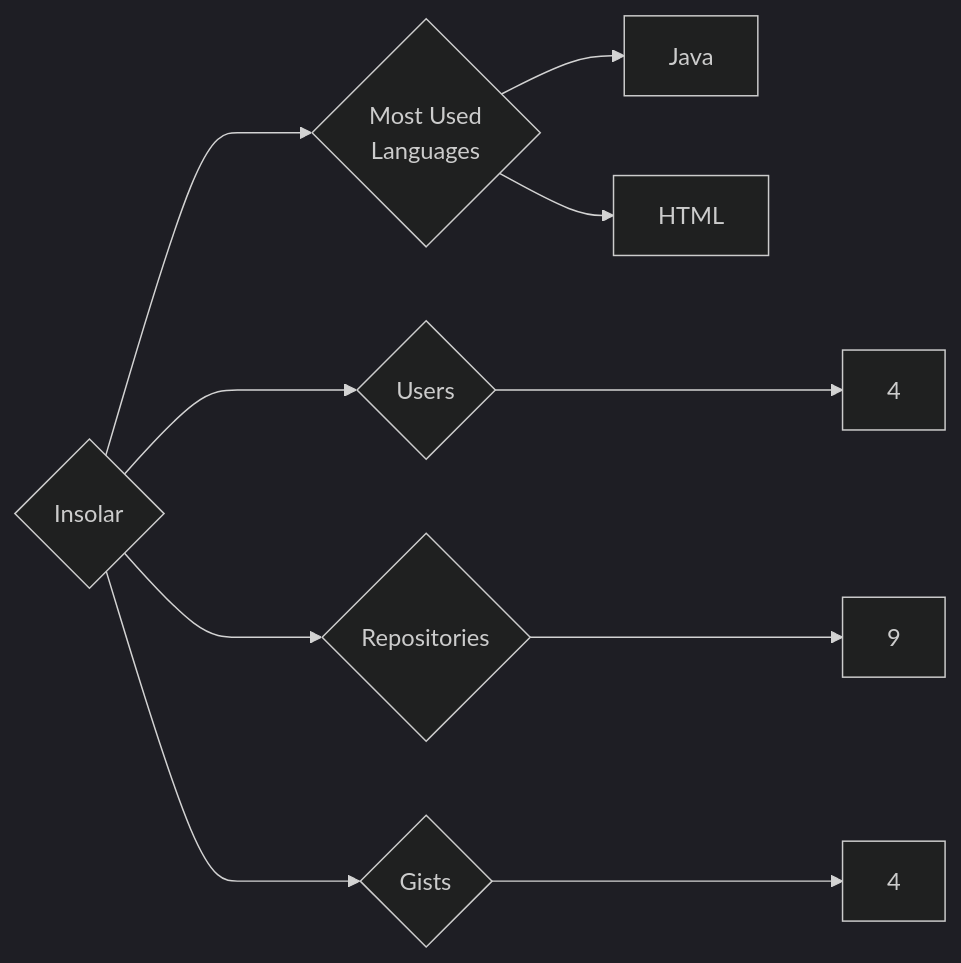
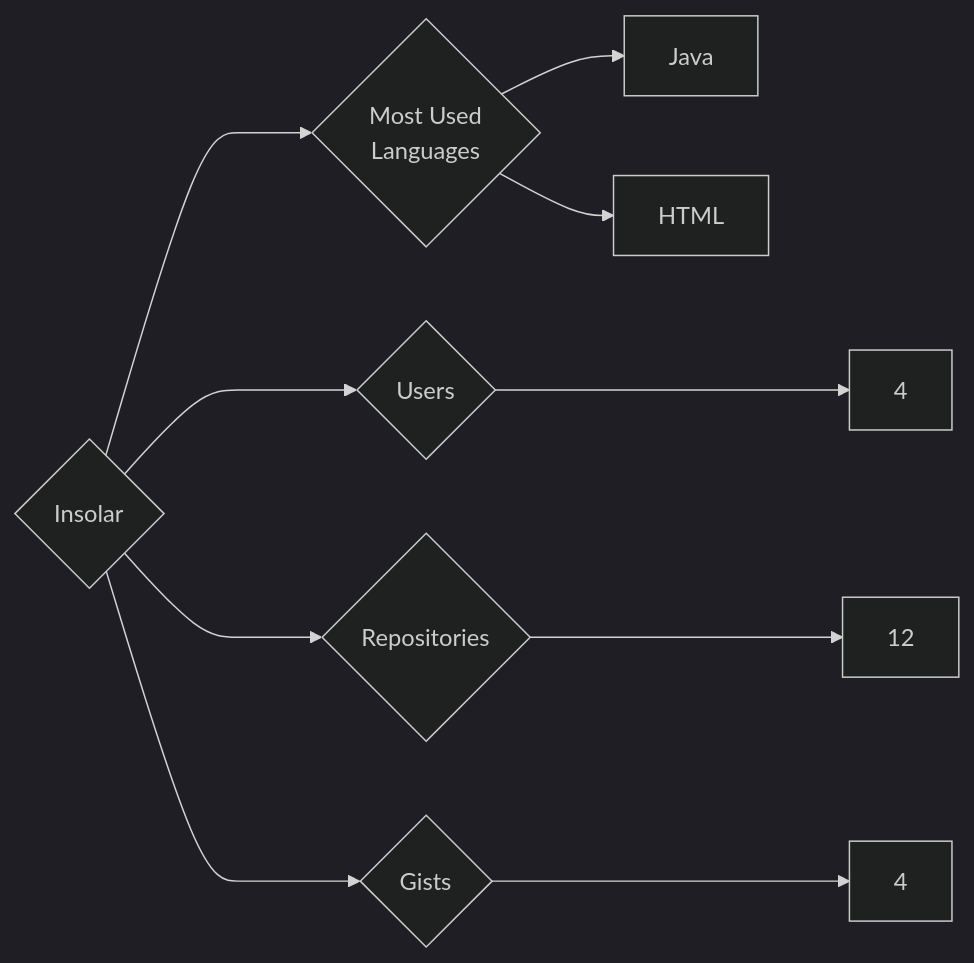
One commit to trickest/insiders changed the diagram in targets/Insolar/README.md. Above: the diagram before and after it, drawn with Mermaid (dark theme). The commit also changed 682 other files, not shown here.

````diff
--- a/targets/Insolar/README.md
+++ b/targets/Insolar/README.md
@@ -3,10 +3,10 @@
 ```mermaid
 graph LR
 COMPANY_NAME{Insolar}
 COMPANY_NAME ---> U{Users} ---> UN[4]
-COMPANY_NAME ---> R{Repositories} ---> RN[9]
+COMPANY_NAME ---> R{Repositories} ---> RN[12]
 COMPANY_NAME ---> G{Gists} ---> GN[4]
 COMPANY_NAME ---> ML{Most Used<br>Languages}
 ML --> Java[Java]
 ML --> HTML[HTML]
 ```
````
